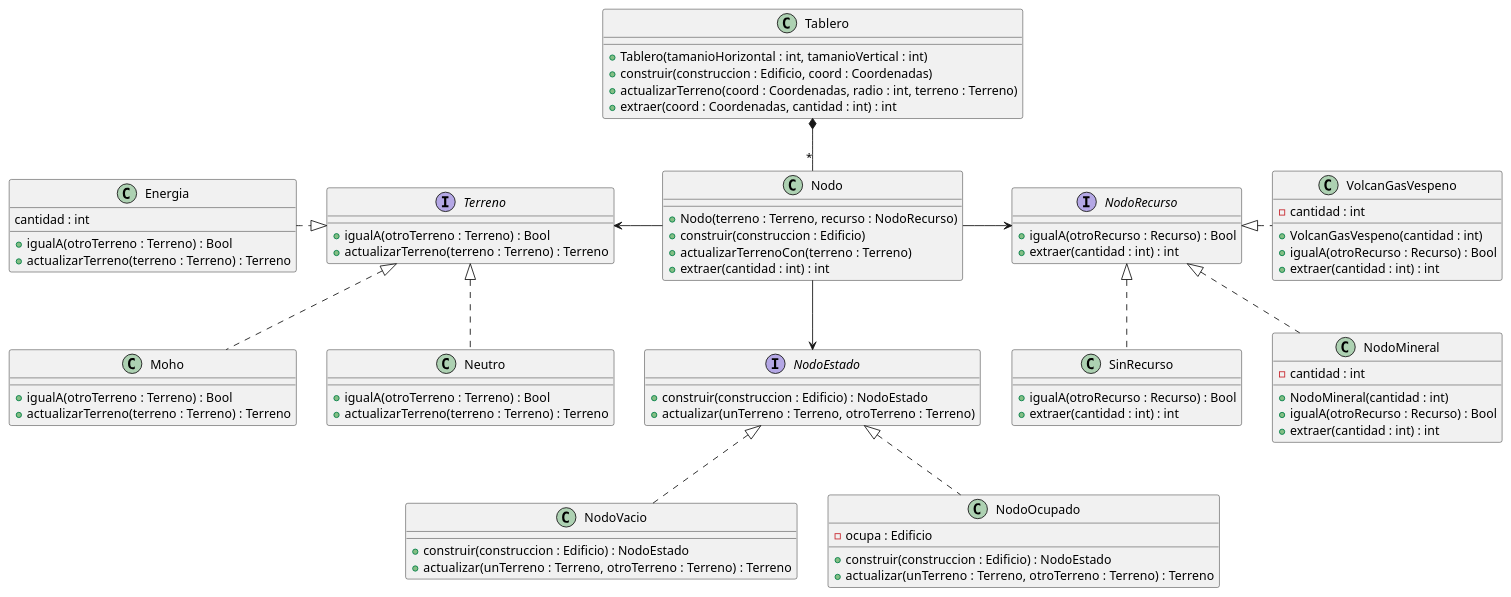
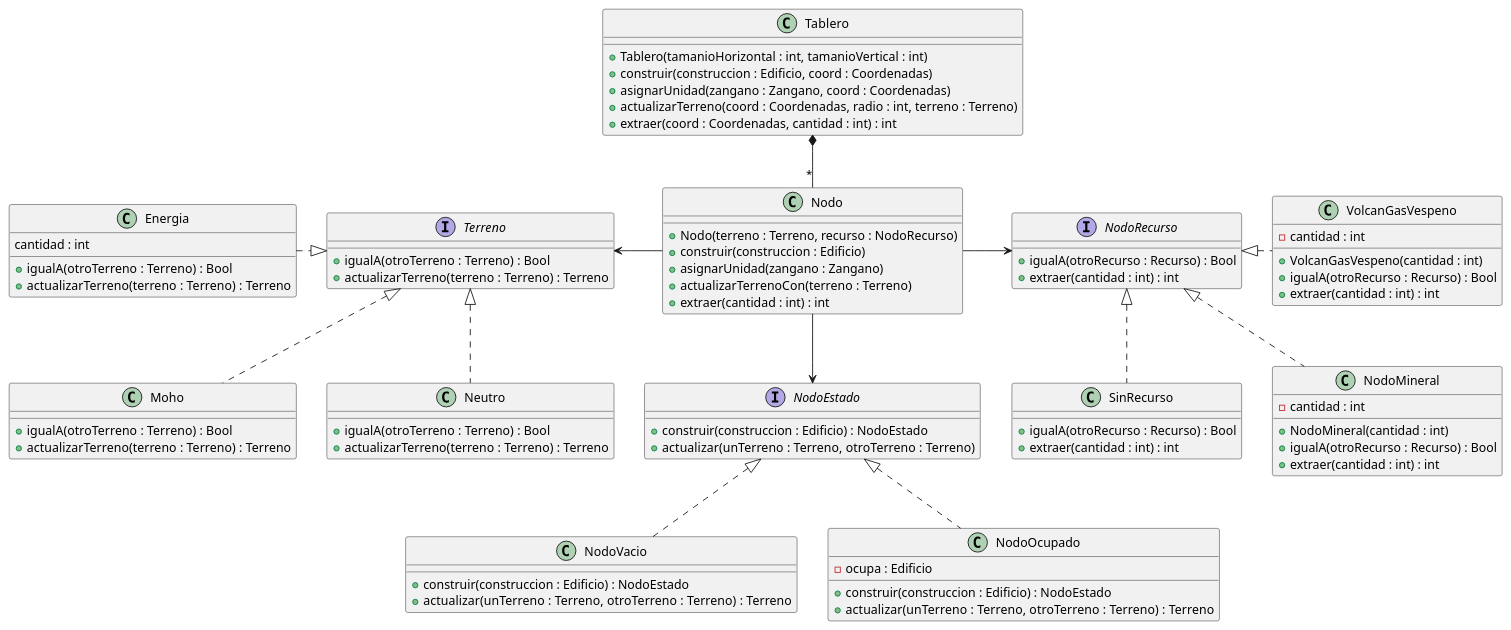
The diagram in diagrams/classes/tablero.plantuml (gabrielzitelli/Algo3_TP2_AlgoStar), drawn with PlantUML before and after one commit. The commit also changed 15 other files, not shown here.

```diff
--- a/diagrams/classes/tablero.plantuml
+++ b/diagrams/classes/tablero.plantuml
@@ -1,87 +1,89 @@
 @startuml
 
 class Tablero {
     + Tablero(tamanioHorizontal : int, tamanioVertical : int)
     + construir(construccion : Edificio, coord : Coordenadas)
+    + asignarUnidad(zangano : Zangano, coord : Coordenadas)
     + actualizarTerreno(coord : Coordenadas, radio : int, terreno : Terreno)
     + extraer(coord : Coordenadas, cantidad : int) : int
 }
 
 class Nodo {
     + Nodo(terreno : Terreno, recurso : NodoRecurso)
     + construir(construccion : Edificio)
+    + asignarUnidad(zangano : Zangano)
     + actualizarTerrenoCon(terreno : Terreno)
     + extraer(cantidad : int) : int
 }
 
 interface NodoEstado {
     + construir(construccion : Edificio) : NodoEstado
     + actualizar(unTerreno : Terreno, otroTerreno : Terreno)
 }
 class NodoVacio {
     + construir(construccion : Edificio) : NodoEstado
     + actualizar(unTerreno : Terreno, otroTerreno : Terreno) : Terreno
 }
 class NodoOcupado {
     - ocupa : Edificio
     + construir(construccion : Edificio) : NodoEstado
     + actualizar(unTerreno : Terreno, otroTerreno : Terreno) : Terreno
 }
 
 interface Terreno {
     + igualA(otroTerreno : Terreno) : Bool
     + actualizarTerreno(terreno : Terreno) : Terreno
 }
 class Energia {
     cantidad : int
     + igualA(otroTerreno : Terreno) : Bool
     + actualizarTerreno(terreno : Terreno) : Terreno
 }
 class Moho {
     + igualA(otroTerreno : Terreno) : Bool
     + actualizarTerreno(terreno : Terreno) : Terreno
 }
 class Neutro {
     + igualA(otroTerreno : Terreno) : Bool
     + actualizarTerreno(terreno : Terreno) : Terreno
 }
 
 interface NodoRecurso {
     + igualA(otroRecurso : Recurso) : Bool
     + extraer(cantidad : int) : int
 }
 class SinRecurso {
     + igualA(otroRecurso : Recurso) : Bool
     + extraer(cantidad : int) : int
 }
 class NodoMineral {
     - cantidad : int
     + NodoMineral(cantidad : int)
     + igualA(otroRecurso : Recurso) : Bool
     + extraer(cantidad : int) : int
 }
 class VolcanGasVespeno {
     - cantidad : int
     + VolcanGasVespeno(cantidad : int)
     + igualA(otroRecurso : Recurso) : Bool
     + extraer(cantidad : int) : int
 }
 
 Tablero *-- "*" Nodo
 
 NodoEstado <|.. NodoVacio
 NodoEstado <|.. NodoOcupado
 
 Nodo --> NodoEstado
 Nodo -left> Terreno
 Nodo -right> NodoRecurso
 
 Terreno <|.left. Energia
 Terreno <|.. Moho
 Terreno <|.. Neutro
 
 NodoRecurso <|.. SinRecurso
 NodoRecurso <|.. NodoMineral
 NodoRecurso <|.right. VolcanGasVespeno
 
 @enduml
```
